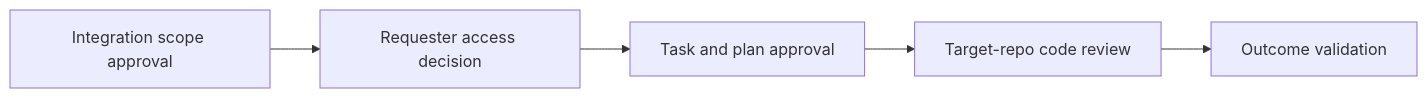
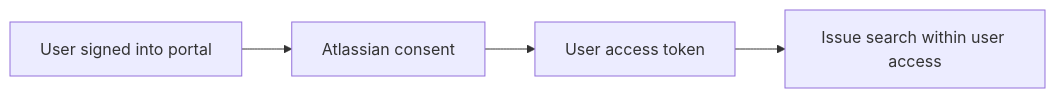
Before and after one commit to TheCloudPlumbingCo/slop-factory-pieces: the fifth of 6 diagrams in docs/14-agent-workflow-automation-architecture.md, drawn with Mermaid. The commit also changed other lines of this file and 4 other files, not shown here.

First line of the commit message:
Add Channel-Based Invocation and Portal Access documentation

````diff
--- a/docs/14-agent-workflow-automation-architecture.md
+++ b/docs/14-agent-workflow-automation-architecture.md
@@ -596,7 +277,6 @@
 ```mermaid
 flowchart LR
-  I[Integration scope approval] --> U[Requester access decision]
-  U --> T[Task and plan approval]
-  T --> C[Target-repo code review]
-  C --> V[Outcome validation]
+  U[User signed into portal] --> C[Atlassian consent]
+  C --> T[User access token]
+  T --> S[Issue search within user access]
 ```
````
